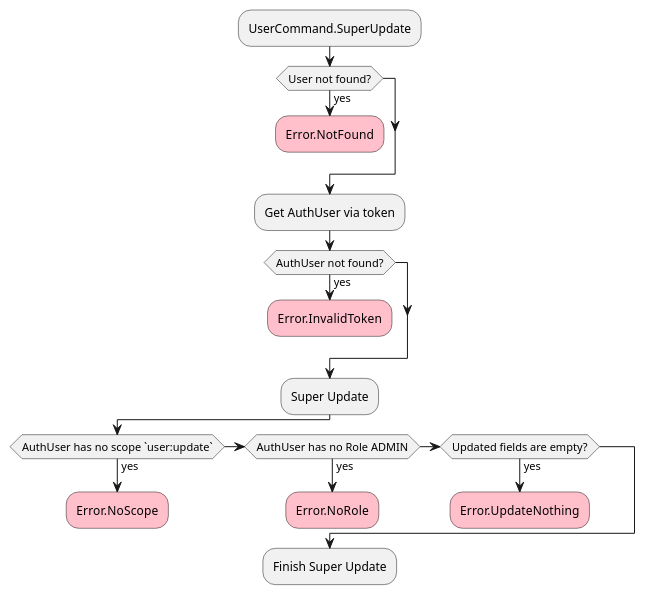
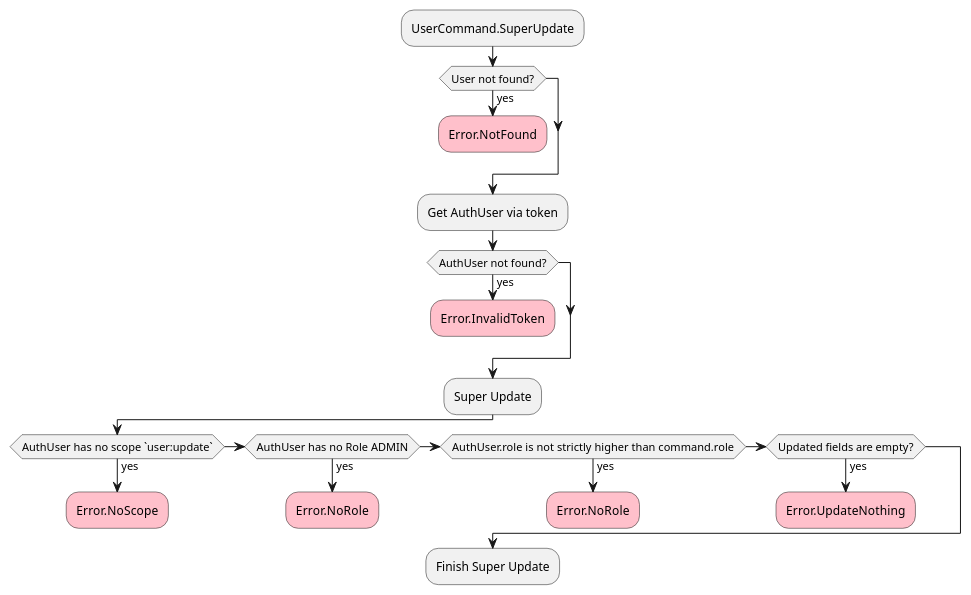
Diagram 13 of 18 in docs/docs/features.md (alices-wonderland/doorknob), drawn with PlantUML before and after one commit. The commit also changed other lines of this file and 57 other files, not shown here.

````diff
--- a/docs/docs/features.md
+++ b/docs/docs/features.md
@@ -414,27 +414,30 @@
 ```plantuml
 @startuml
 
 :UserCommand.SuperUpdate;
 if (User not found?) then (yes)
   #pink:Error.NotFound;
   kill
 endif
 :Get AuthUser via token;
 if (AuthUser not found?) then (yes)
   #pink:Error.InvalidToken;
   kill
 endif
 :Super Update;
 if (AuthUser has no scope `user:update`) then (yes)
   #pink:Error.NoScope;
   kill
 elseif (AuthUser has no Role ADMIN) then (yes)
   #pink:Error.NoRole;
   kill
+elseif (AuthUser.role is not strictly higher than command.role) then (yes)
+  #pink:Error.NoRole;
+  kill
 elseif (Updated fields are empty?) then (yes)
   #pink:Error.UpdateNothing;
   kill
 endif
 :Finish Super Update;
 @enduml
 ```
````
